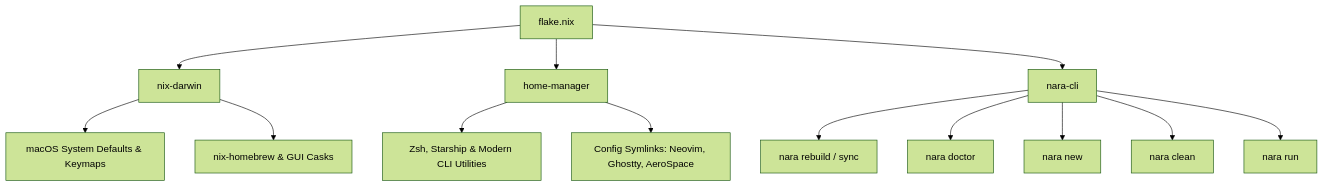
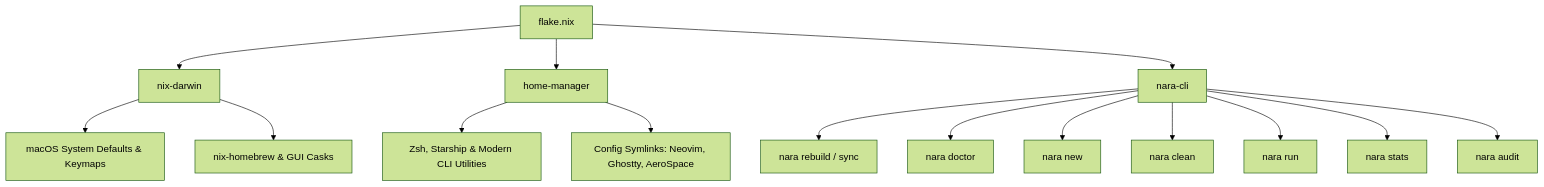
The diagram in README.md (Aneeshie/dotfiles), drawn with Mermaid (forest theme) before and after one commit. The commit also changed other lines of this file, not shown here.

Commit message:
docs: add stats and audit commands to README

````diff
--- a/README.md
+++ b/README.md
@@ -43,18 +43,20 @@
 ```mermaid
 graph TD
     A[flake.nix] --> B[nix-darwin]
     A --> C[home-manager]
     A --> D[nara-cli]
 
     B --> E[macOS System Defaults & Keymaps]
     B --> F[nix-homebrew & GUI Casks]
 
     C --> G[Zsh, Starship & Modern CLI Utilities]
     C --> H[Config Symlinks: Neovim, Ghostty, AeroSpace]
 
     D --> I[nara rebuild / sync]
     D --> J[nara doctor]
     D --> K[nara new <app>]
     D --> L[nara clean]
     D --> M[nara run <pkg>]
+    D --> N[nara stats]
+    D --> O[nara audit]
 ```
````
